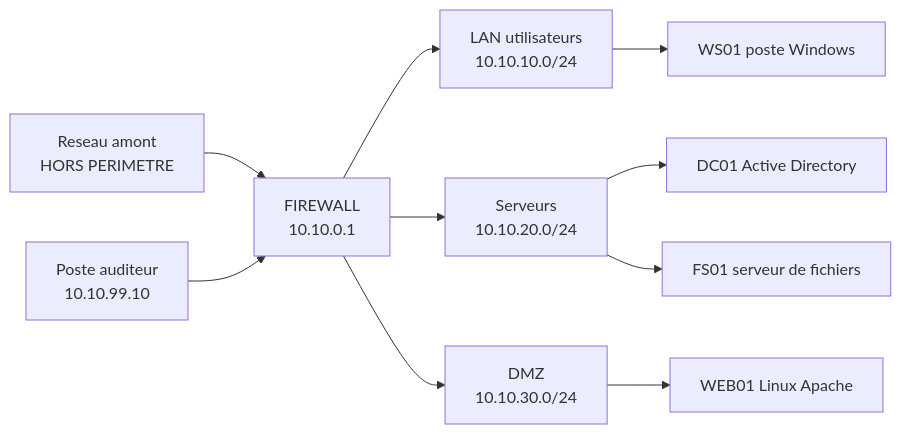
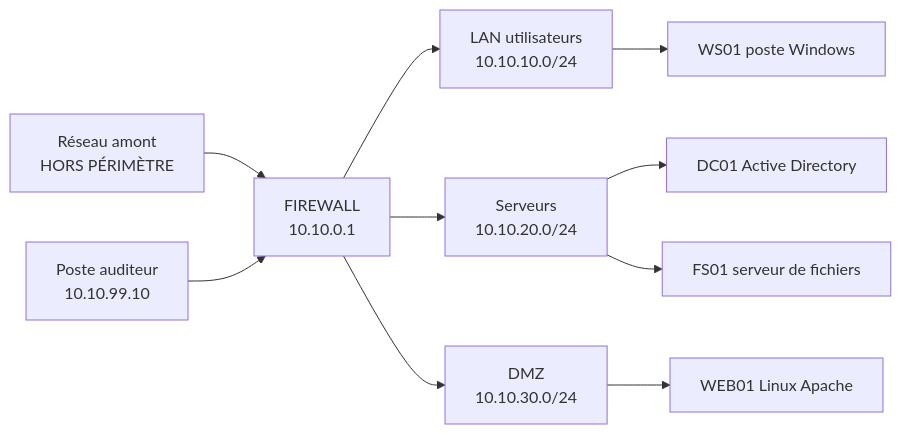
Before and after one commit to Gooseppr/GevOps_LC: the second of 2 diagrams in courses/reseaux-cybersecurite/27_projet_audit_laboratoire.md, drawn with Mermaid. The commit also changed other lines of this file and 56 other files, not shown here.

````diff
--- a/courses/reseaux-cybersecurite/27_projet_audit_laboratoire.md
+++ b/courses/reseaux-cybersecurite/27_projet_audit_laboratoire.md
@@ -70,12 +70,12 @@
 ```mermaid
 flowchart LR
-  NET["Reseau amont<br/>HORS PERIMETRE"] --> FW["FIREWALL<br/>10.10.0.1"]
+  NET["Réseau amont<br/>HORS PÉRIMÈTRE"] --> FW["FIREWALL<br/>10.10.0.1"]
   AUD["Poste auditeur<br/>10.10.99.10"] --> FW
   FW --> LAN["LAN utilisateurs<br/>10.10.10.0/24"]
   FW --> SRV["Serveurs<br/>10.10.20.0/24"]
   FW --> DMZ["DMZ<br/>10.10.30.0/24"]
   LAN --> WS["WS01 poste Windows"]
   SRV --> DC["DC01 Active Directory"]
   SRV --> FS["FS01 serveur de fichiers"]
   DMZ --> WEB["WEB01 Linux Apache"]
 ```
````
